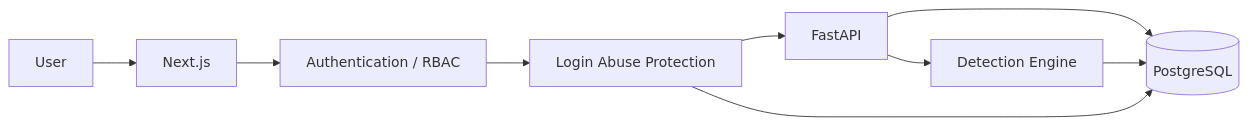
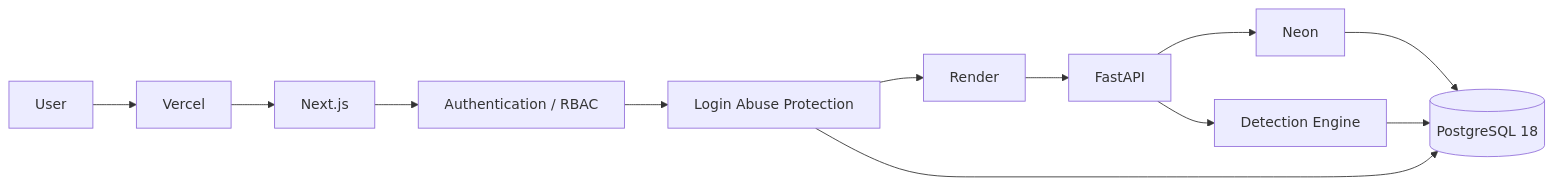
One commit to danielguillaumont/case-zero changed the diagram in README.md. Above: the diagram before and after it, drawn with Mermaid. The commit also changed other lines of this file, not shown here.

Commit message:
Update README for production architecture

````diff
--- a/README.md
+++ b/README.md
@@ -282,19 +333,25 @@
 ```mermaid
 flowchart LR
     USER["User"]
+    VERCEL["Vercel"]
     UI["Next.js"]
     AUTH["Authentication / RBAC"]
     THROTTLE["Login Abuse Protection"]
+    RENDER["Render"]
     API["FastAPI"]
     DET["Detection Engine"]
-    DB[("PostgreSQL")]
+    NEON["Neon"]
+    DB[("PostgreSQL 18")]
 
-    USER --> UI
+    USER --> VERCEL
+    VERCEL --> UI
     UI --> AUTH
     AUTH --> THROTTLE
-    THROTTLE --> API
+    THROTTLE --> RENDER
+    RENDER --> API
     API --> DET
-    API --> DB
+    API --> NEON
+    NEON --> DB
     DET --> DB
     THROTTLE --> DB
 ```
````
